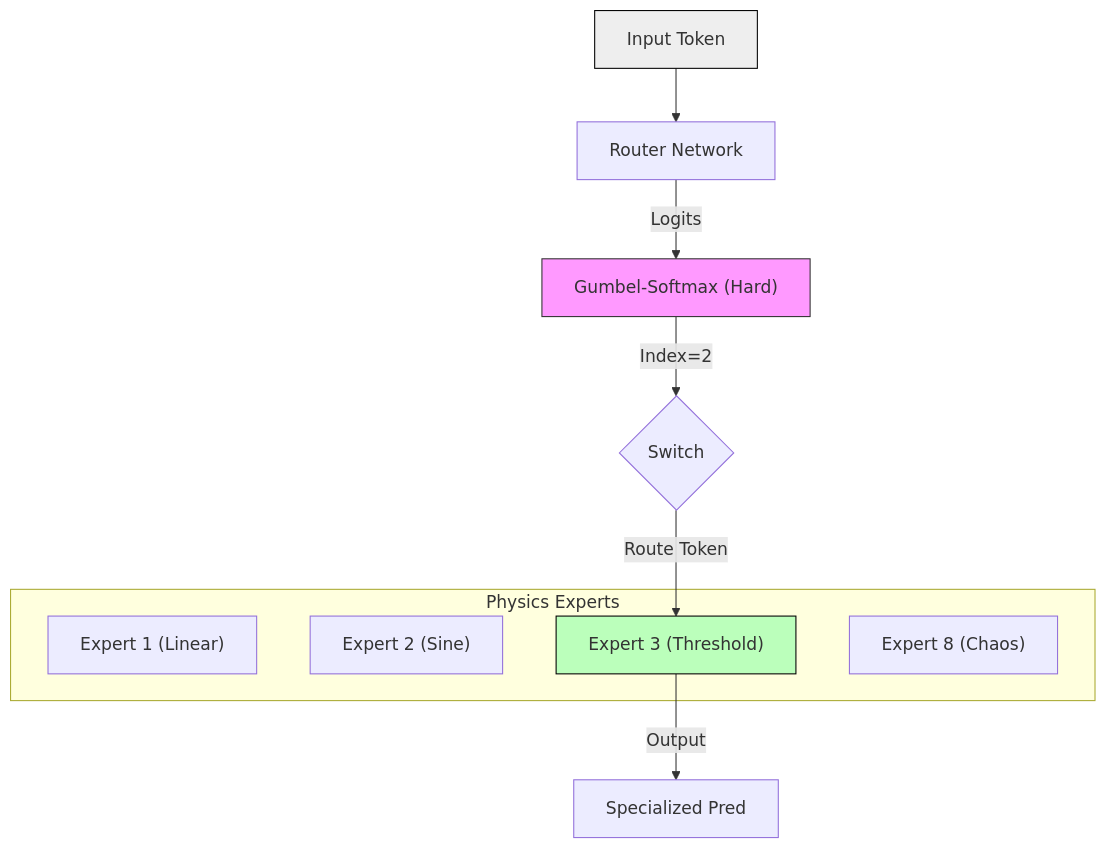
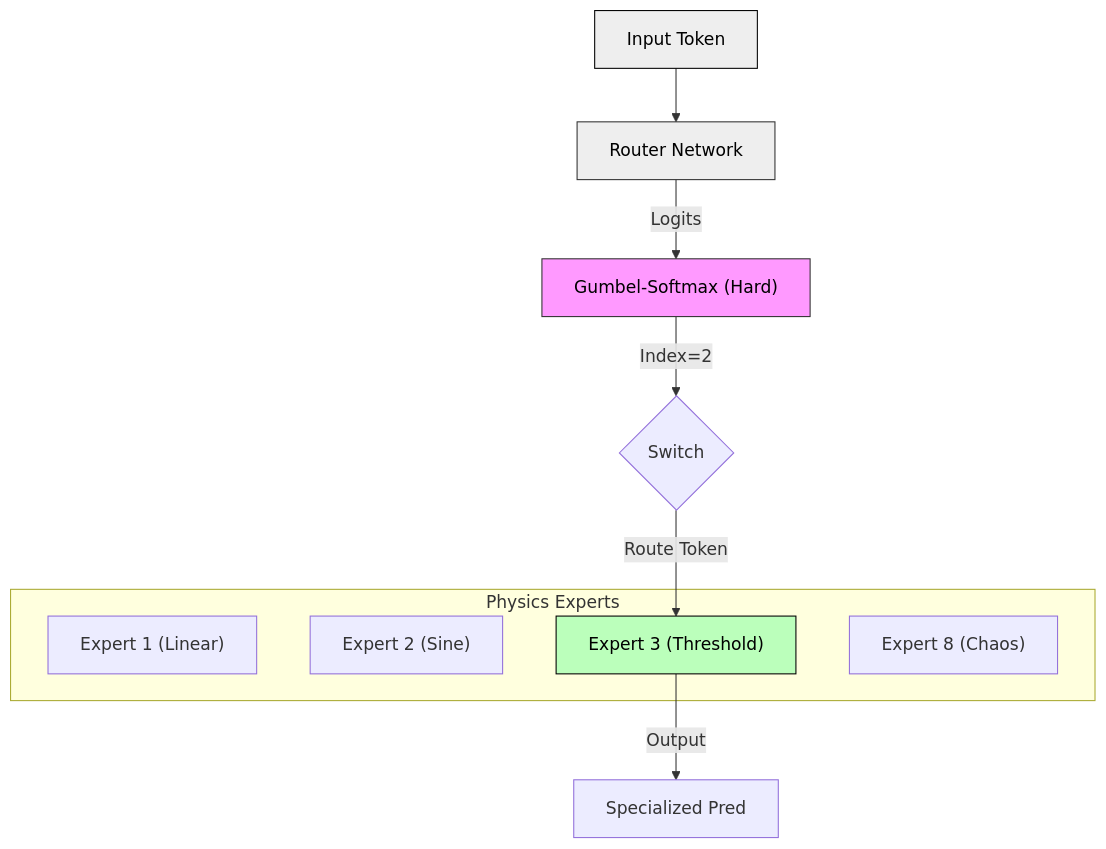
Before and after one commit to MeiisamMahmoodii/MultiModelDeltaPredictor: the fourth of 5 diagrams in README.md, drawn with Mermaid. The commit also changed other lines of this file, not shown here.

Commit message:
Set text color to black for all diagram nodes

````diff
--- a/README.md
+++ b/README.md
@@ -103,21 +104,22 @@
 ```mermaid
 graph TD
     Token["Input Token"] --> Router["Router Network"]
     
     Router -->|Logits| Gumbel["Gumbel-Softmax (Hard)"]
     Gumbel -->|Index=2| Switch{Switch}
     
     subgraph "Physics Experts"
     E1["Expert 1 (Linear)"]
     E2["Expert 2 (Sine)"]
     E3["Expert 3 (Threshold)"]
     E8["Expert 8 (Chaos)"]
     end
     
     Switch -->|Route Token| E3
     E3 -->|Output| Result["Specialized Pred"]
     
-    style Token fill:#eee,stroke:#000
-    style Gumbel fill:#f9f,stroke:#333
-    style E3 fill:#bfb,stroke:#000
+    style Token fill:#eee,stroke:#000,color:#000
+    style Router fill:#eee,stroke:#333,color:#000
+    style Gumbel fill:#f9f,stroke:#333,color:#000
+    style E3 fill:#bfb,stroke:#000,color:#000
 ```
````
